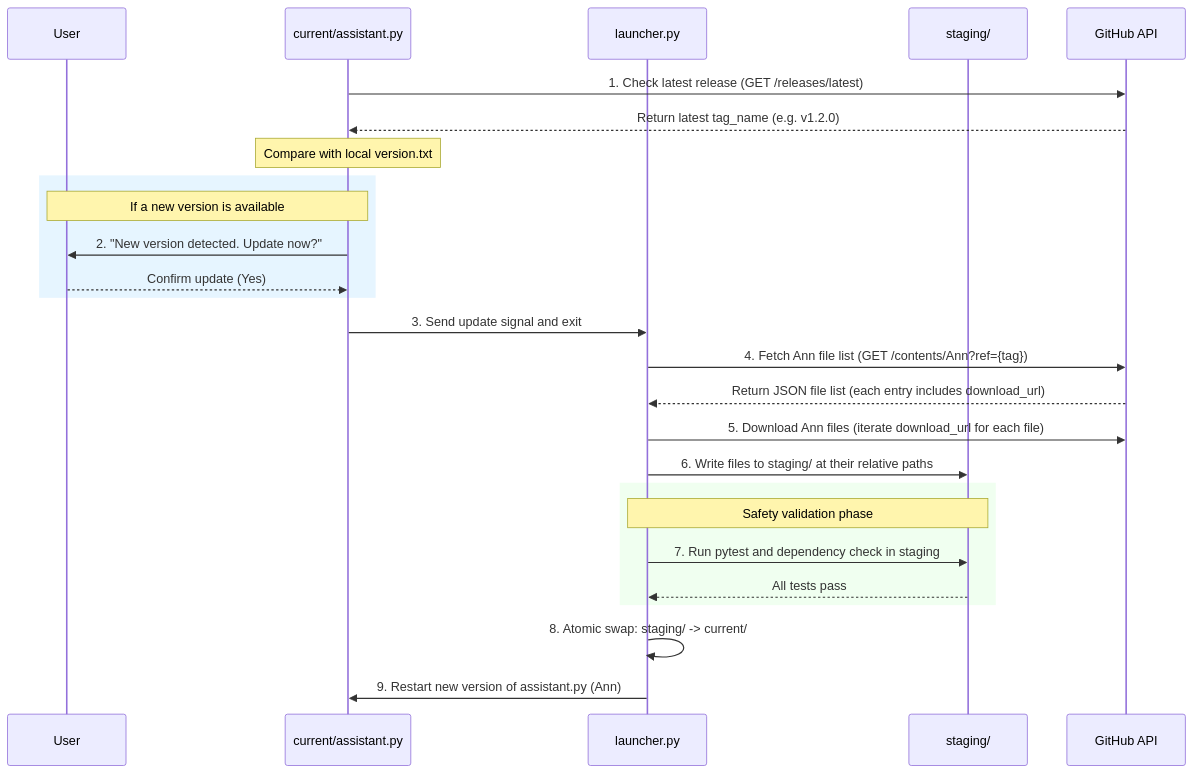
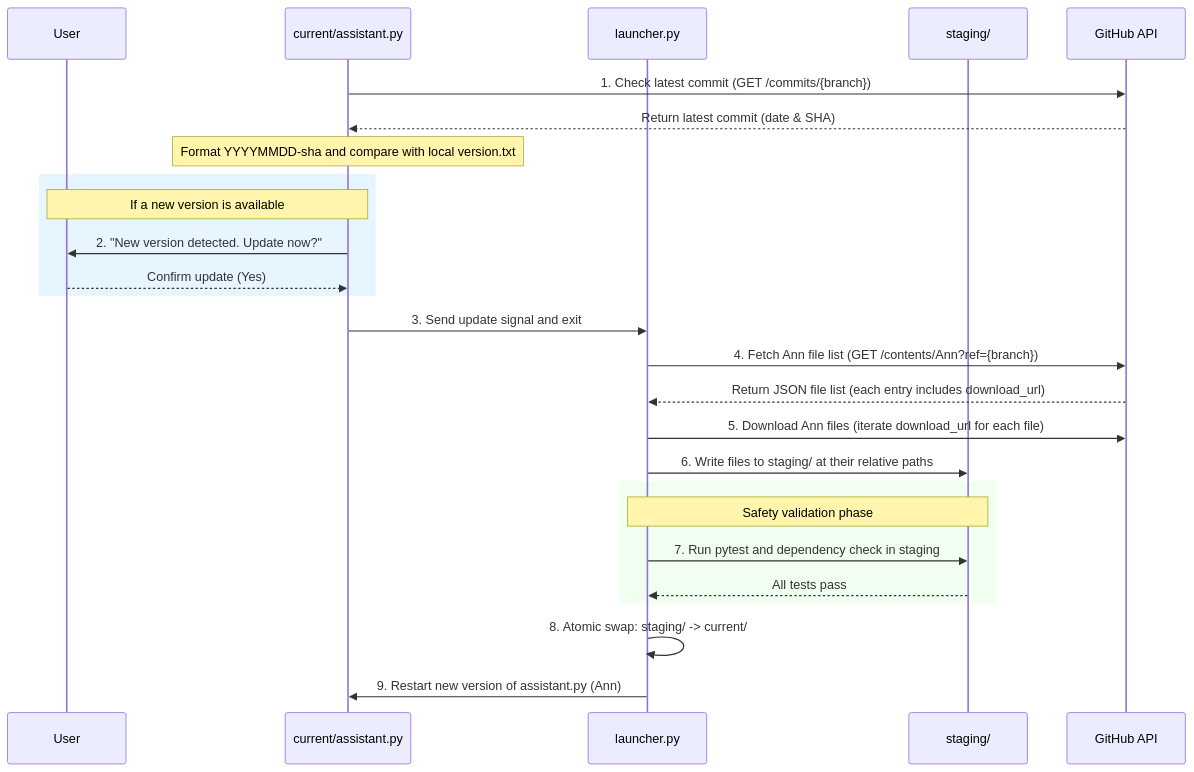
The second of 2 diagrams in Ann/README.md (zohanlin2-ai/AI-coding-only), drawn with Mermaid before and after one commit. The commit also changed other lines of this file and 1 other file, not shown here.

Commit message:
feat(ann): implement date+commit-SHA self-update flow and update README

````diff
--- a/Ann/README.md
+++ b/Ann/README.md
@@ -86,33 +86,33 @@
 ```mermaid
 sequenceDiagram
     participant U as User
     participant A as current/assistant.py
     participant L as launcher.py
     participant S as staging/
     participant GH as GitHub API
 
-    A->>GH: 1. Check latest release (GET /releases/latest)
-    GH-->>A: Return latest tag_name (e.g. v1.2.0)
-    Note over A: Compare with local version.txt
+    A->>GH: 1. Check latest commit (GET /commits/{branch})
+    GH-->>A: Return latest commit (date & SHA)
+    Note over A: Format YYYYMMDD-sha and compare with local version.txt
 
     rect rgb(230, 245, 255)
         Note over A, U: If a new version is available
         A->>U: 2. "New version detected. Update now?"
         U-->>A: Confirm update (Yes)
     end
 
     A->>L: 3. Send update signal and exit
-    L->>GH: 4. Fetch Ann file list (GET /contents/Ann?ref={tag})
+    L->>GH: 4. Fetch Ann file list (GET /contents/Ann?ref={branch})
     GH-->>L: Return JSON file list (each entry includes download_url)
     L->>GH: 5. Download Ann files (iterate download_url for each file)
     L->>S: 6. Write files to staging/ at their relative paths
 
     rect rgb(240, 255, 240)
         Note over L, S: Safety validation phase
         L->>S: 7. Run pytest and dependency check in staging
         S-->>L: All tests pass
     end
 
     L->>L: 8. Atomic swap: staging/ -> current/
     L->>A: 9. Restart new version of assistant.py (Ann)
 ```
````
